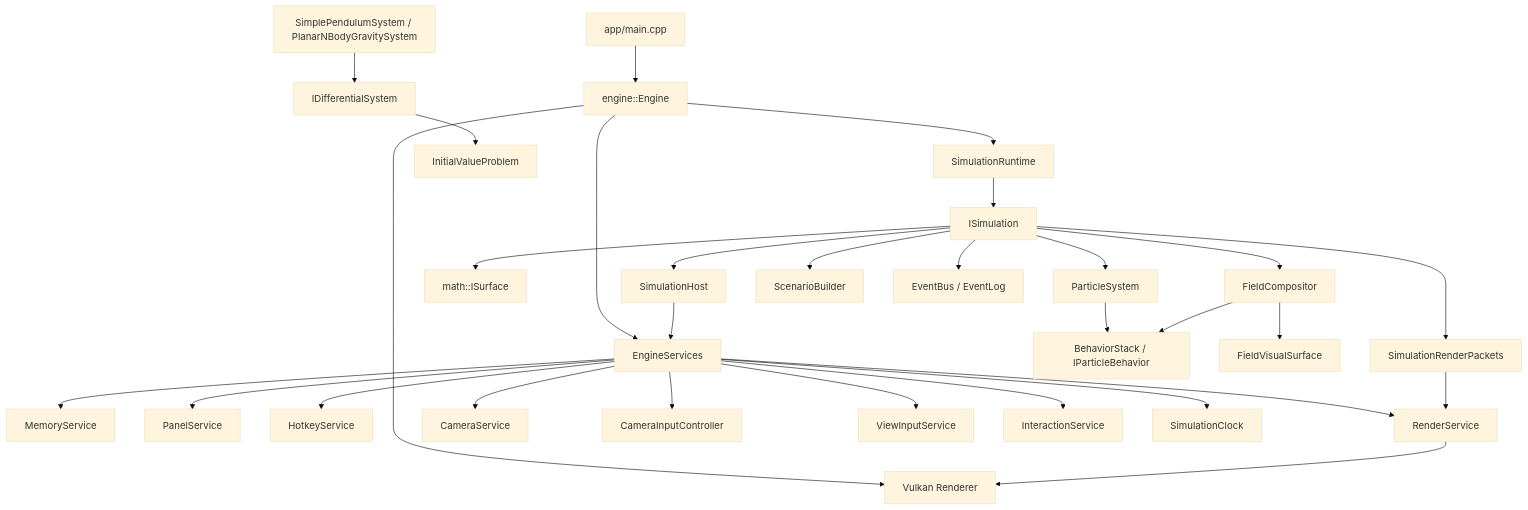
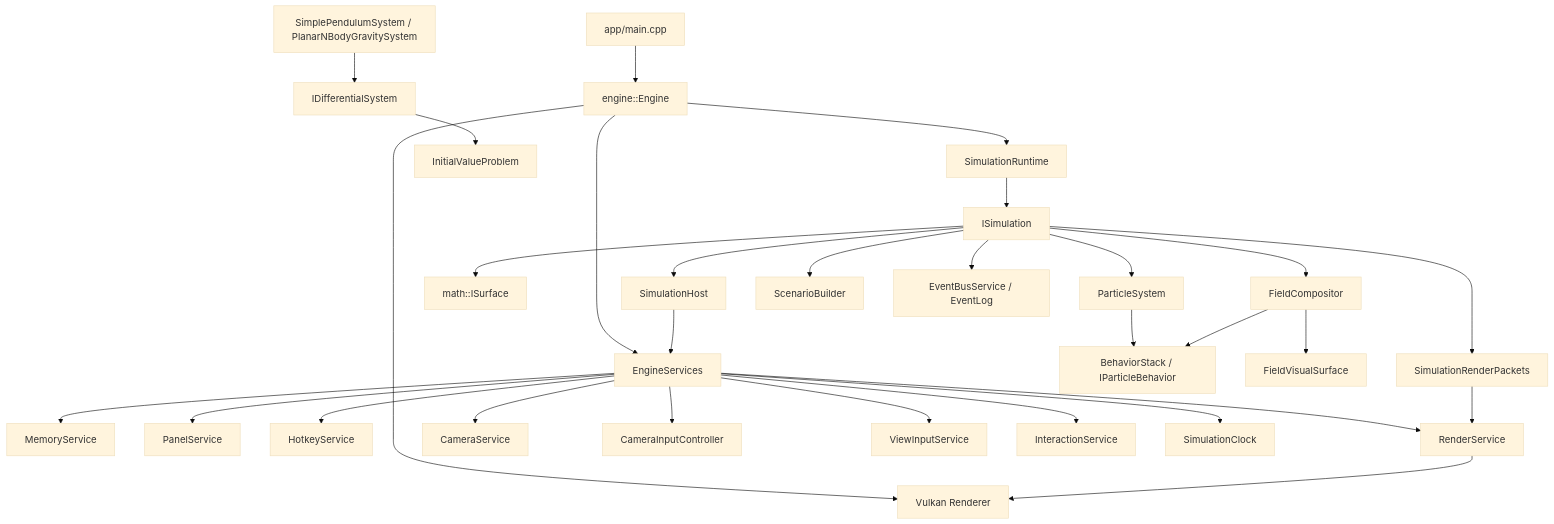
Before and after one commit to wsollers/Learning-Real-Analysis: the first of 2 diagrams in nurbs_dde/docs/ARCHITECTURAL_DESIGN.md, drawn with Mermaid (base theme). The commit also changed other lines of this file and 29 other files, not shown here.

````diff
--- a/nurbs_dde/docs/ARCHITECTURAL_DESIGN.md
+++ b/nurbs_dde/docs/ARCHITECTURAL_DESIGN.md
@@ -63,37 +63,37 @@
 ```mermaid
 flowchart TD
     Main["app/main.cpp"] --> Engine["engine::Engine"]
     Engine --> Services["EngineServices"]
     Engine --> Runtime["SimulationRuntime"]
     Engine --> Renderer["Vulkan Renderer"]
 
     Services --> Memory["MemoryService"]
     Services --> Panels["PanelService"]
     Services --> Hotkeys["HotkeyService"]
     Services --> Render["RenderService"]
     Services --> Camera["CameraService"]
     Services --> CameraInput["CameraInputController"]
     Services --> ViewInput["ViewInputService"]
     Services --> Interaction["InteractionService"]
     Services --> Clock["SimulationClock"]
 
     Runtime --> Sim["ISimulation"]
     Sim --> Host["SimulationHost"]
     Host --> Services
 
     Sim --> Surface["math::ISurface"]
     Sim --> Particles["ParticleSystem"]
     Sim --> Fields["FieldCompositor"]
     Sim --> Scenario["ScenarioBuilder"]
-    Sim --> Events["EventBus / EventLog"]
+    Sim --> Events["EventBusService / EventLog"]
     Sim --> Packets["SimulationRenderPackets"]
 
     Particles --> Behavior["BehaviorStack / IParticleBehavior"]
     Fields --> Behavior
     Fields --> SurfaceView["FieldVisualSurface"]
     Packets --> Render
     Render --> Renderer
 
     Gravity["SimplePendulumSystem / PlanarNBodyGravitySystem"] --> ODE["IDifferentialSystem"]
     ODE --> IVP["InitialValueProblem"]
 ```
````
